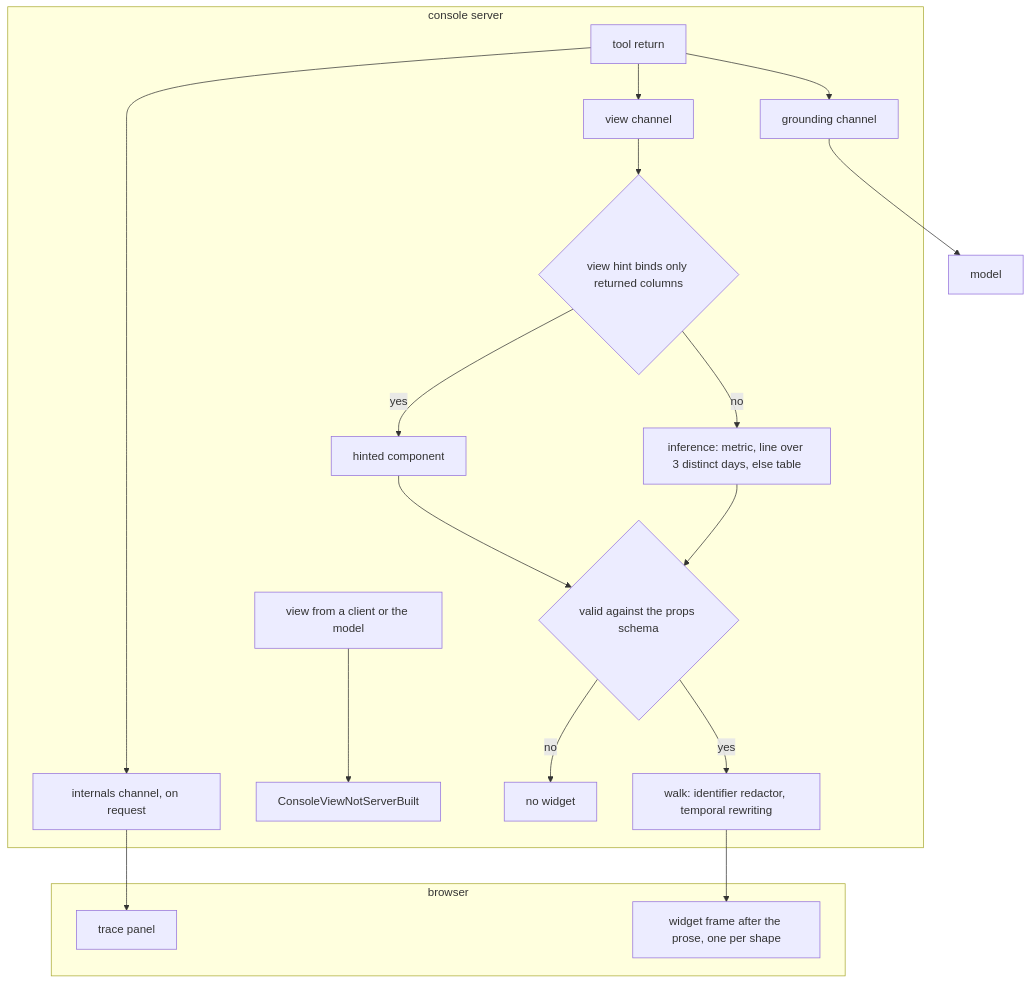
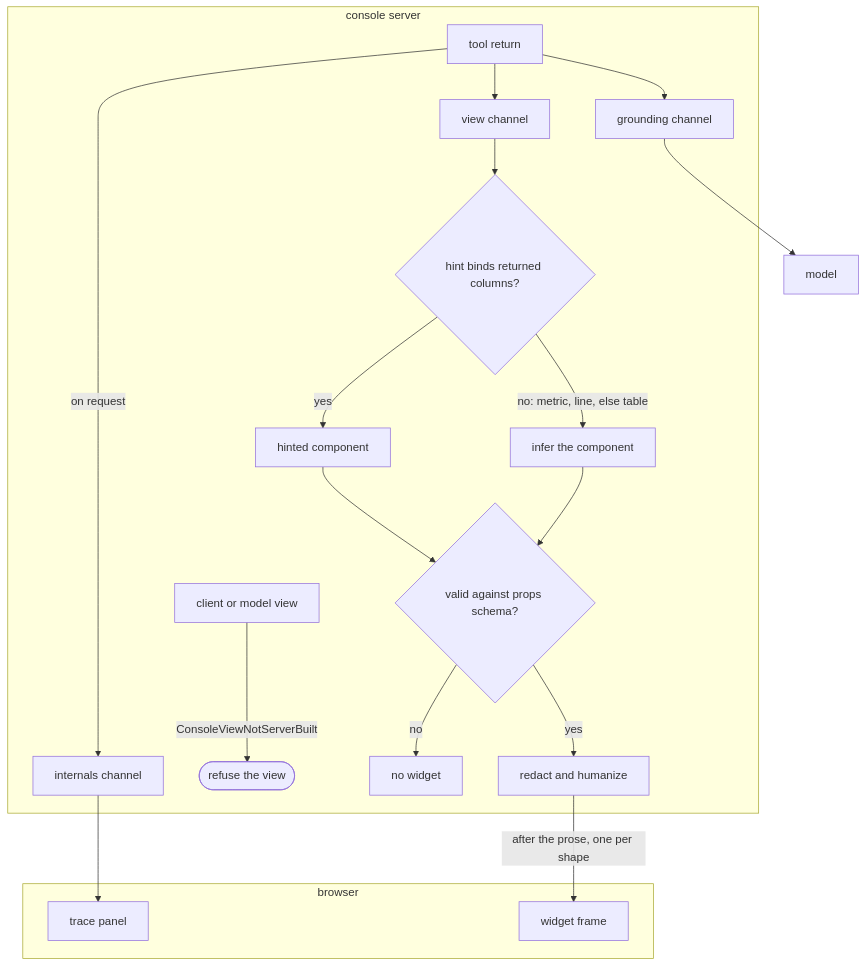
One commit to fractalboxdev/contextful changed the fourth of 5 diagrams in spec/71-console.md. Above: the diagram before and after it, drawn with Mermaid. The commit also changed other lines of this file and 24 other files, not shown here.

First line of the commit message:
spec: every flowchart draws one entity or process per node

````diff
--- a/spec/71-console.md
+++ b/spec/71-console.md
@@ -241,23 +232,23 @@
 ```mermaid
 flowchart TD
   subgraph server["console server"]
     TR["tool return"] --> G["grounding channel"]
-    TR --> I["internals channel, on request"]
+    TR -- "on request" --> I["internals channel"]
     TR --> V["view channel"]
-    CV["view from a client or the model"] --> E1["ConsoleViewNotServerBuilt"]
-    V --> H{"view hint binds only returned columns"}
+    CV["client or model view"] -- "ConsoleViewNotServerBuilt" --> E1(["refuse the view"])
+    V --> H{"hint binds returned columns?"}
     H -- "yes" --> HC["hinted component"]
-    H -- "no" --> INF["inference: metric, line over 3 distinct days, else table"]
-    HC --> VAL{"valid against the props schema"}
+    H -- "no: metric, line, else table" --> INF["infer the component"]
+    HC --> VAL{"valid against props schema?"}
     INF --> VAL
     VAL -- "no" --> NONE["no widget"]
-    VAL -- "yes" --> WALK["walk: identifier redactor, temporal rewriting"]
+    VAL -- "yes" --> WALK["redact and humanize"]
   end
   subgraph browser["browser"]
     TP["trace panel"]
-    W["widget frame after the prose, one per shape"]
+    W["widget frame"]
   end
   G --> M["model"]
   I --> TP
-  WALK --> W
+  WALK -- "after the prose, one per shape" --> W
 ```
````
